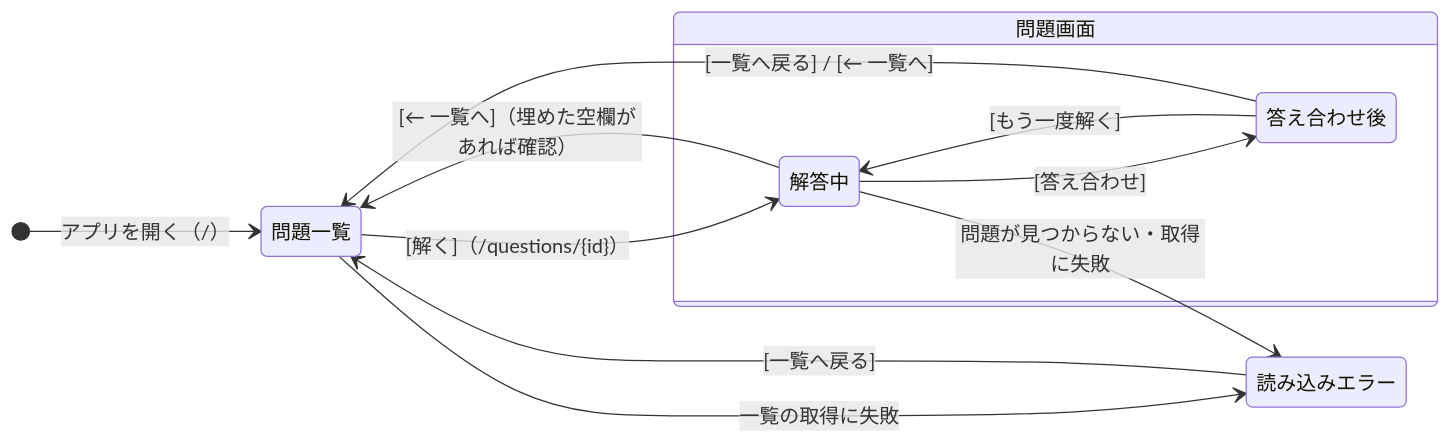
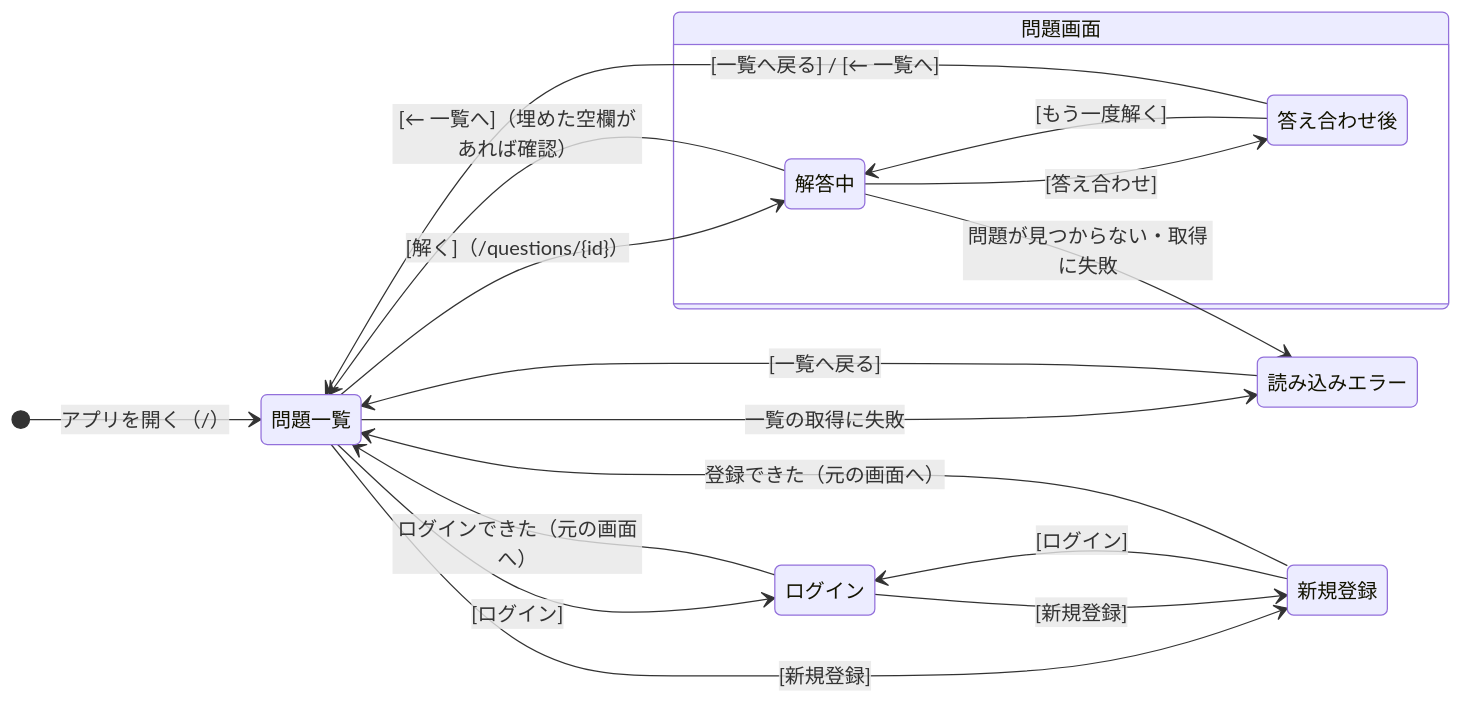
One commit to kakerusaman/er-quiz changed the diagram in docs/design/screen-transition.md. Above: the diagram before and after it, drawn with Mermaid. The commit also changed other lines of this file and 41 other files, not shown here.

````diff
--- a/docs/design/screen-transition.md
+++ b/docs/design/screen-transition.md
@@ -5,20 +5,27 @@
 ```mermaid
 stateDiagram-v2
     direction LR
     [*] --> 問題一覧 : アプリを開く（/）
 
     問題一覧 --> 解答中 : [解く]（/questions/{id}）
     解答中 --> 答え合わせ後 : [答え合わせ]
     答え合わせ後 --> 解答中 : [もう一度解く]
     解答中 --> 問題一覧 : [← 一覧へ]（埋めた空欄があれば確認）
     答え合わせ後 --> 問題一覧 : [一覧へ戻る] / [← 一覧へ]
 
     問題一覧 --> 読み込みエラー : 一覧の取得に失敗
     解答中 --> 読み込みエラー : 問題が見つからない・取得に失敗
     読み込みエラー --> 問題一覧 : [一覧へ戻る]
 
+    問題一覧 --> ログイン : [ログイン]
+    問題一覧 --> 新規登録 : [新規登録]
+    ログイン --> 新規登録 : [新規登録]
+    新規登録 --> ログイン : [ログイン]
+    ログイン --> 問題一覧 : ログインできた（元の画面へ）
+    新規登録 --> 問題一覧 : 登録できた（元の画面へ）
+
     state 問題画面 {
         解答中
         答え合わせ後
     }
 ```
````
